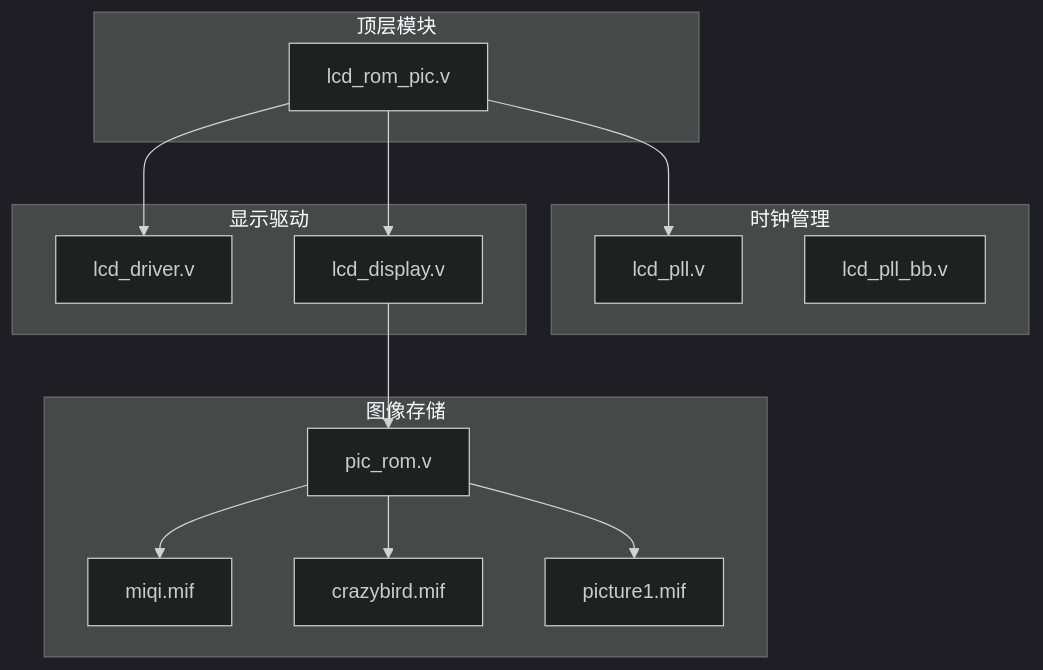
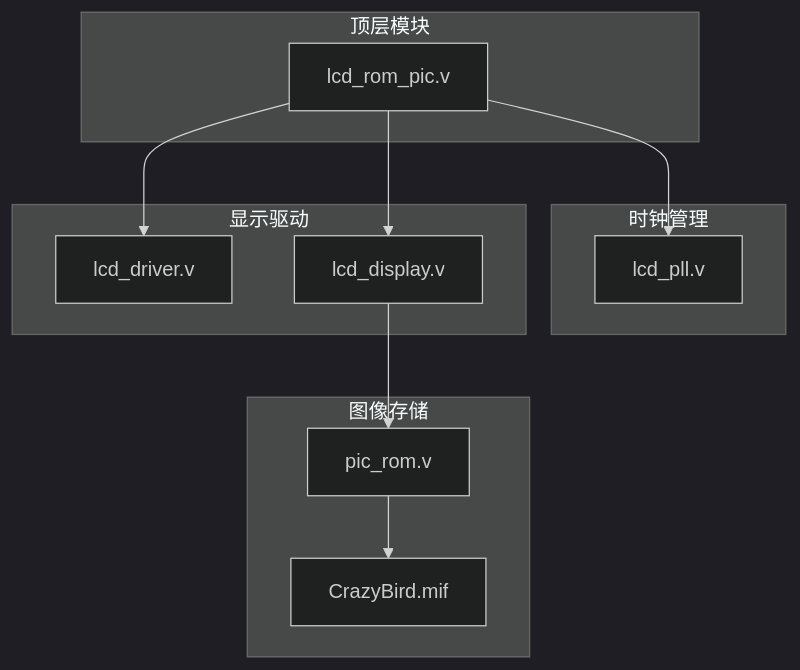
One commit to soupherexd/LCD_ROM_PIC changed the first of 10 diagrams in .qoder/repowiki/zh/content/硬件组件/图像数据管理.md. Above: the diagram before and after it, drawn with Mermaid (dark theme). The commit also changed other lines of this file and 3 other files, not shown here.

````diff
--- a/.qoder/repowiki/zh/content/硬件组件/图像数据管理.md
+++ b/.qoder/repowiki/zh/content/硬件组件/图像数据管理.md
@@ -45,27 +51,22 @@
 ```mermaid
 graph TB
 subgraph "顶层模块"
 LCD_ROM[lcd_rom_pic.v]
 end
 subgraph "时钟管理"
 PLL[lcd_pll.v]
-PLL_BB[lcd_pll_bb.v]
 end
 subgraph "显示驱动"
 DRIVER[lcd_driver.v]
 DISPLAY[lcd_display.v]
 end
 subgraph "图像存储"
 PIC_ROM[pic_rom.v]
-MIQI[miqi.mif]
-CRAZY[crazybird.mif]
-PICTURE[picture1.mif]
+CRAZY[CrazyBird.mif]
 end
 LCD_ROM --> PLL
 LCD_ROM --> DRIVER
 LCD_ROM --> DISPLAY
 DISPLAY --> PIC_ROM
-PIC_ROM --> MIQI
 PIC_ROM --> CRAZY
-PIC_ROM --> PICTURE
 ```
````
